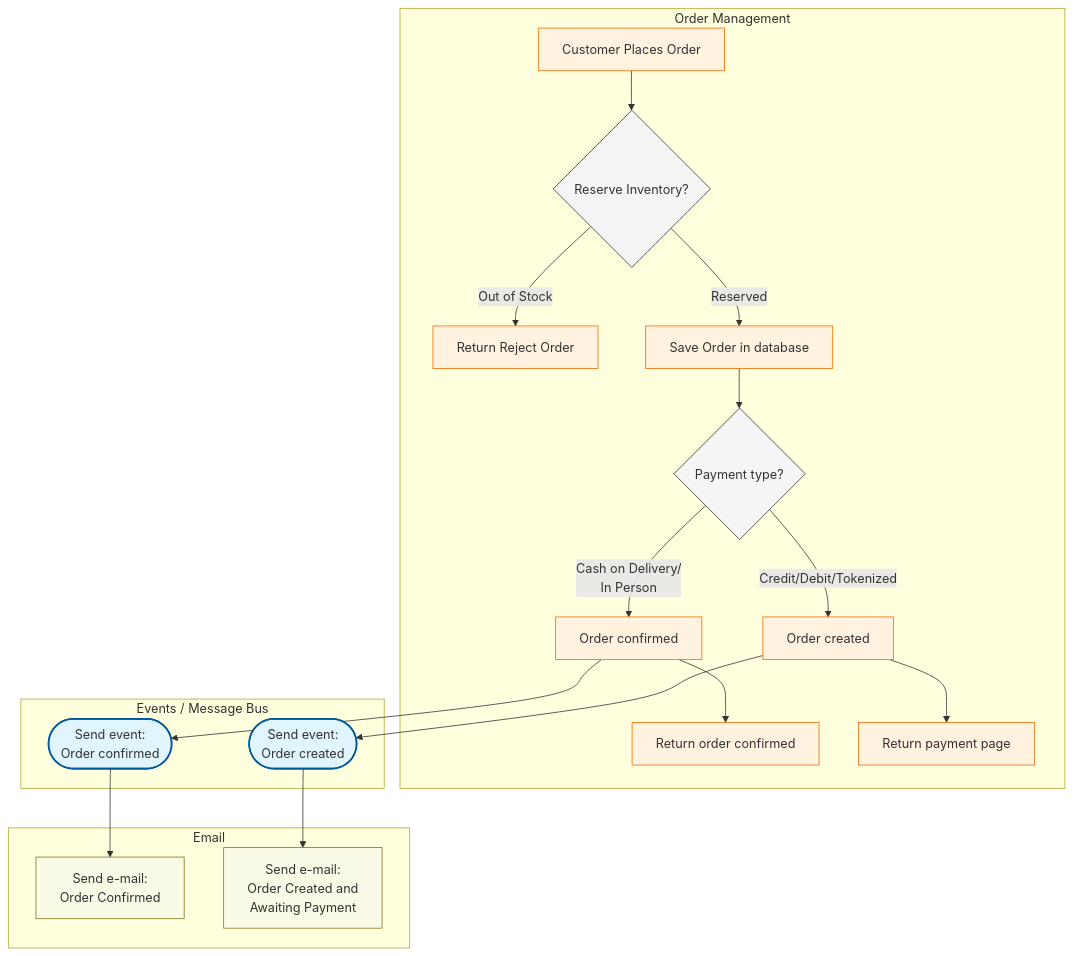
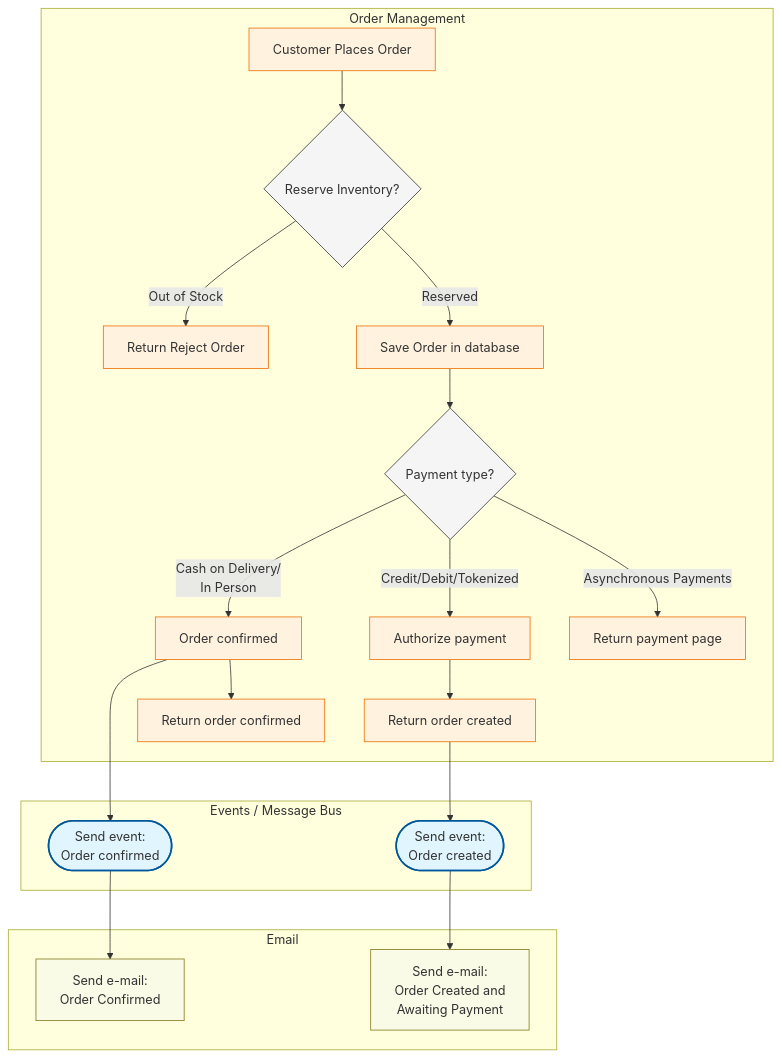
The first of 4 diagrams in README.md (RobertoFreireDev/Order-Management), drawn with Mermaid before and after one commit. The commit also changed other lines of this file and 1 other file, not shown here.

````diff
--- a/README.md
+++ b/README.md
@@ -5,41 +5,42 @@
 ```mermaid
 flowchart TD
     %% Subgraph Styling
     classDef event fill:#e1f5fe,stroke:#01579b,stroke-width:2px;
     classDef logic fill:#f5f5f5,stroke:#333,stroke-width:1px;
     classDef order fill:#fff3e0,stroke:#ef6c00,stroke-width:1px;
     classDef note fill:#f9fbe7,stroke:#827717,stroke-width:1px;
 
     subgraph Order_Creation [Order Management]
         A[Customer Places Order] --> B{Reserve Inventory?}
         B -->|Out of Stock| C[Return Reject Order]
         B --> |Reserved| D[Save Order in database]
         D --> D2{Payment type?}
         D2--> |"Cash on Delivery/<br/>In Person"| D1[Order confirmed]       
-        D2 --> |"Credit/Debit/Tokenized"| D4[Order created]
-        D1--> D3[Return order confirmed]        
-        D4 --> E1[Return payment page]
+        D2 --> |"Credit/Debit/Tokenized"| D5[Authorize payment]
+        D5 --> D4[Return order created]
+        D2 --> |"Asynchronous Payments"| E1[Return payment page]
+        D1--> D3[Return order confirmed]
     end
 
     subgraph Events [Events / Message Bus]
         H([Send event:<br/>Order confirmed])
         H1([Send event:<br/>Order created])
     end
 
     subgraph Email [Email]
         I[Send e-mail: <br/>Order Confirmed]
         I1[Send e-mail: <br/>Order Created and<br/>Awaiting Payment]
     end
 
     %% Logic to Events
     H --> I
     H1 --> I1
     D1 --> H
     D4 --> H1
 
     %% Class Assignments
     class H,H1 event;
     class B,D2 logic;
-    class A,C,D,D1,D3,E1,D4 order;
+    class A,C,D,D1,D3,E1,D4,D5 order;
     class I,I1 note;
 ```
````
